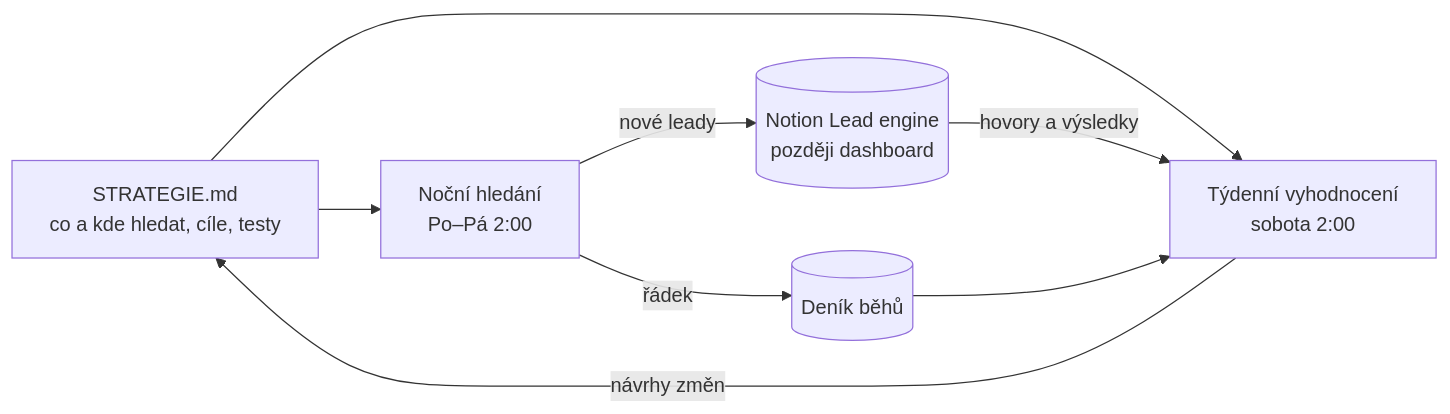
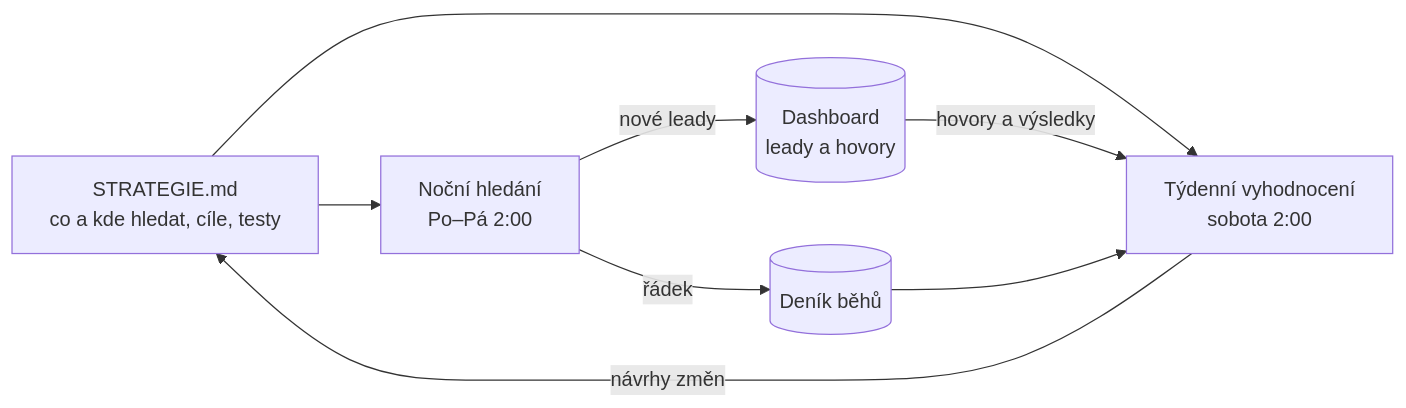
The second of 2 diagrams in tools/lead-system/README.md (webkit-studio/webkit-studio), drawn with Mermaid before and after one commit. The commit also changed other lines of this file and 5 other files, not shown here.

````diff
--- a/tools/lead-system/README.md
+++ b/tools/lead-system/README.md
@@ -28,10 +28,10 @@
 ```mermaid
 flowchart LR
   S[STRATEGIE.md<br>co a kde hledat, cíle, testy] --> N
   S --> T
-  N[Noční hledání<br>Po–Pá 2:00] -->|nové leady| L[(Notion Lead engine<br>později dashboard)]
+  N[Noční hledání<br>Po–Pá 2:00] -->|nové leady| L[(Dashboard<br>leady a hovory)]
   N -->|řádek| D[(Deník běhů)]
   L -->|hovory a výsledky| T[Týdenní vyhodnocení<br>sobota 2:00]
   D --> T
   T -->|návrhy změn| S
 ```
````
